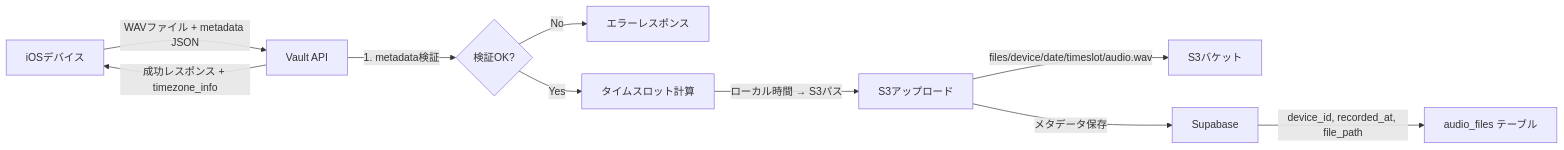
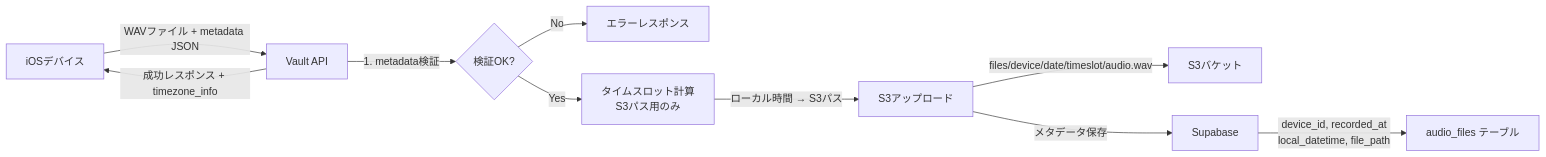
The diagram in README.md (hey-watchme/api-vault), drawn with Mermaid before and after one commit. The commit also changed other lines of this file, not shown here.

First line of the commit message:
docs: update README for local_datetime migration

````diff
--- a/README.md
+++ b/README.md
@@ -700,12 +737,12 @@
 ```mermaid
 graph LR
     A[iOSデバイス] -->|WAVファイル + metadata JSON| B[Vault API]
     B -->|1. metadata検証| C{検証OK?}
     C -->|No| D[エラーレスポンス]
-    C -->|Yes| E[タイムスロット計算]
+    C -->|Yes| E[タイムスロット計算<br/>S3パス用のみ]
     E -->|ローカル時間 → S3パス| F[S3アップロード]
     F -->|files/device/date/timeslot/audio.wav| G[S3バケット]
     F -->|メタデータ保存| H[Supabase]
-    H -->|device_id, recorded_at, file_path| I[audio_files テーブル]
+    H -->|device_id, recorded_at<br/>local_datetime, file_path| I[audio_files テーブル]
     B -->|成功レスポンス + timezone_info| A
 ```
````
